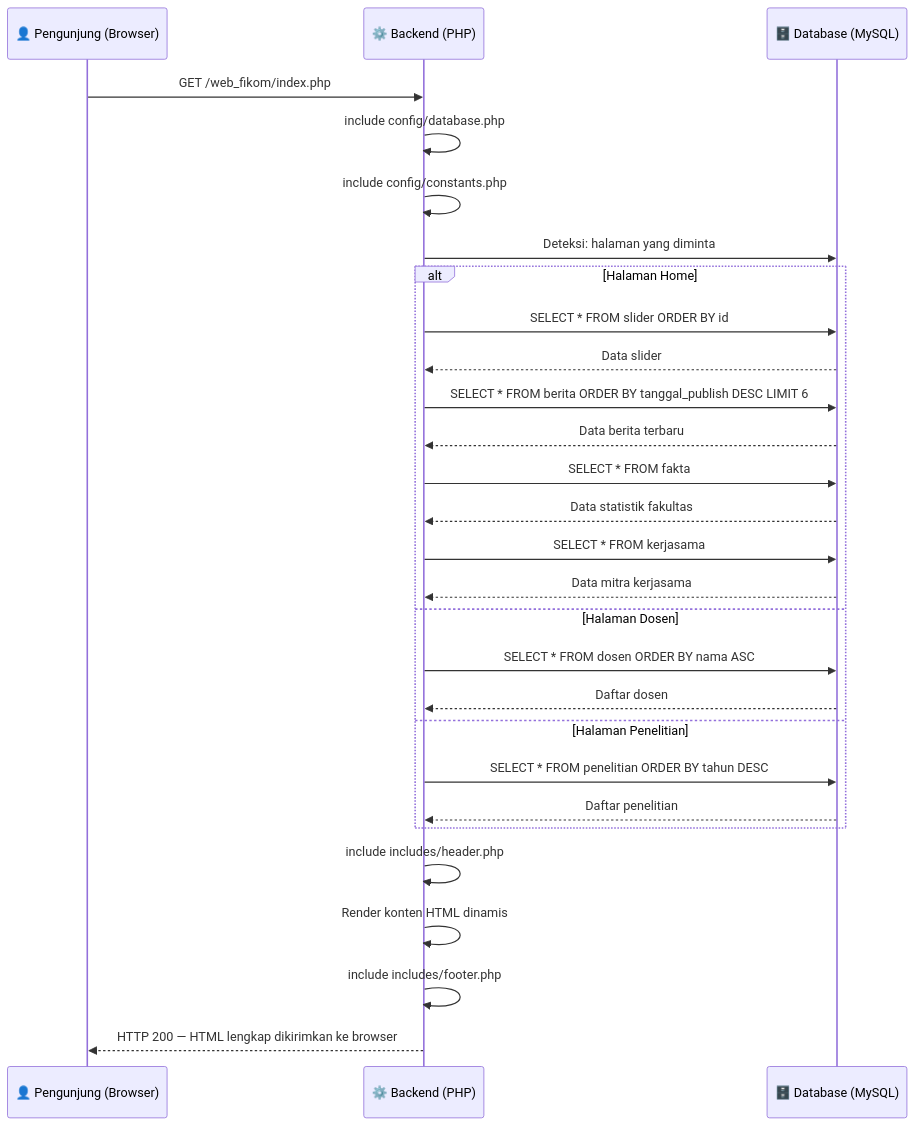
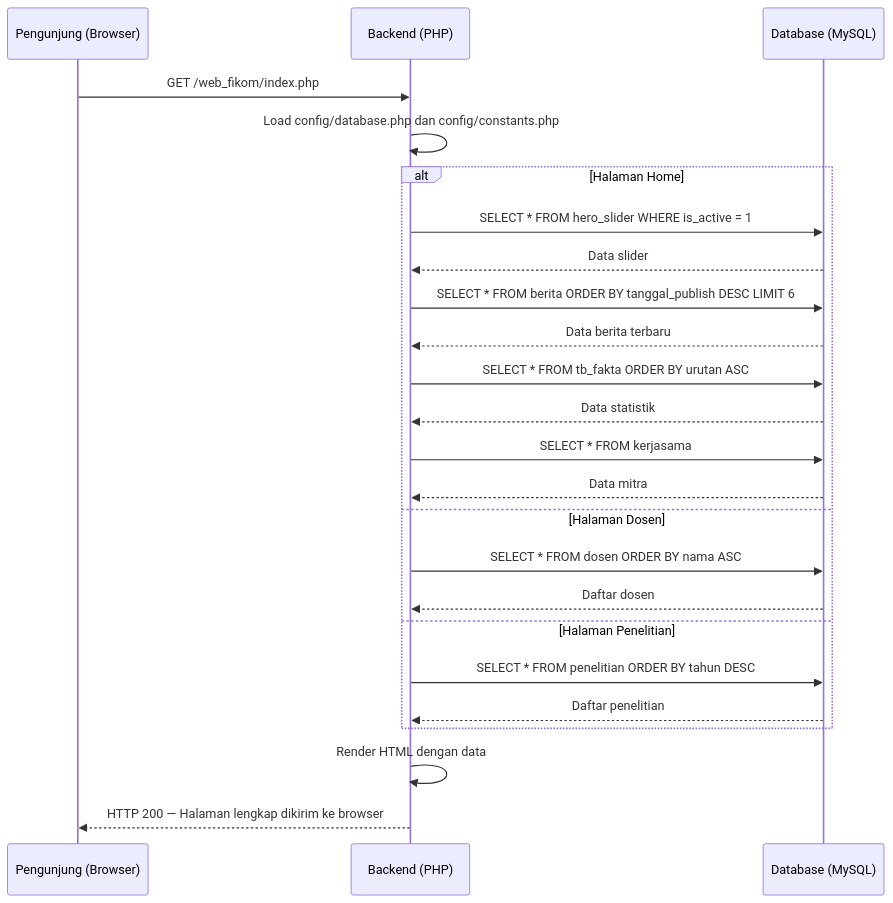
One commit to arbain-dev/Web_fikom changed the eighth of 11 diagrams in docs/02_SEQUENCE_DIAGRAM.md. Above: the diagram before and after it, drawn with Mermaid. The commit also changed other lines of this file, not shown here.

Commit message:
docs(seq): buat ulang sequence diagram dengan penjelasan naratif sederhana di bawah setiap diagram

````diff
--- a/docs/02_SEQUENCE_DIAGRAM.md
+++ b/docs/02_SEQUENCE_DIAGRAM.md
@@ -182,31 +233,27 @@
 ```mermaid
 sequenceDiagram
-    participant PV as 👤 Pengunjung (Browser)
-    participant BE as ⚙️ Backend (PHP)
-    participant DB as 🗄️ Database (MySQL)
+    participant PV as Pengunjung (Browser)
+    participant BE as Backend (PHP)
+    participant DB as Database (MySQL)
 
     PV->>BE: GET /web_fikom/index.php
-    BE->>BE: include config/database.php
-    BE->>BE: include config/constants.php
-    BE->>DB: Deteksi: halaman yang diminta
+    BE->>BE: Load config/database.php dan config/constants.php
     alt Halaman Home
-        BE->>DB: SELECT * FROM slider ORDER BY id
+        BE->>DB: SELECT * FROM hero_slider WHERE is_active = 1
         DB-->>BE: Data slider
         BE->>DB: SELECT * FROM berita ORDER BY tanggal_publish DESC LIMIT 6
         DB-->>BE: Data berita terbaru
-        BE->>DB: SELECT * FROM fakta
-        DB-->>BE: Data statistik fakultas
+        BE->>DB: SELECT * FROM tb_fakta ORDER BY urutan ASC
+        DB-->>BE: Data statistik
         BE->>DB: SELECT * FROM kerjasama
-        DB-->>BE: Data mitra kerjasama
+        DB-->>BE: Data mitra
     else Halaman Dosen
         BE->>DB: SELECT * FROM dosen ORDER BY nama ASC
         DB-->>BE: Daftar dosen
     else Halaman Penelitian
         BE->>DB: SELECT * FROM penelitian ORDER BY tahun DESC
         DB-->>BE: Daftar penelitian
     end
-    BE->>BE: include includes/header.php
-    BE->>BE: Render konten HTML dinamis
-    BE->>BE: include includes/footer.php
-    BE-->>PV: HTTP 200 — HTML lengkap dikirimkan ke browser
+    BE->>BE: Render HTML dengan data
+    BE-->>PV: HTTP 200 — Halaman lengkap dikirim ke browser
 ```
````
